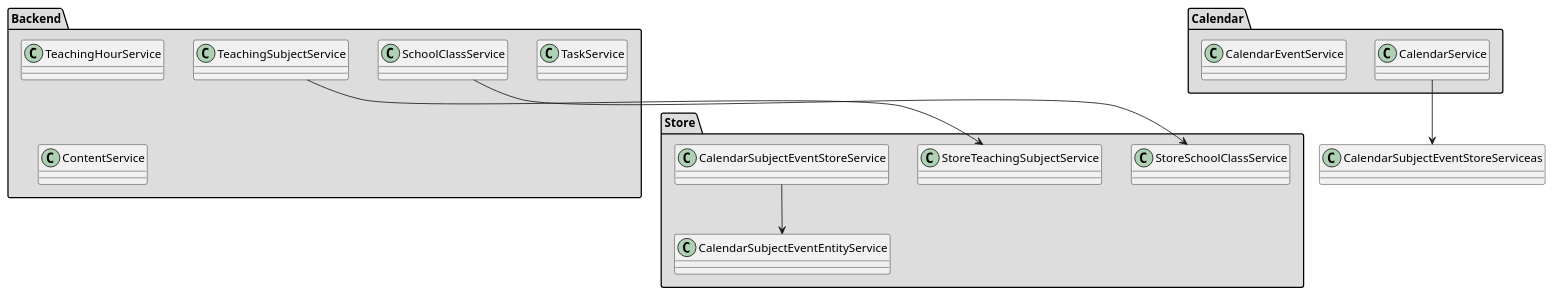
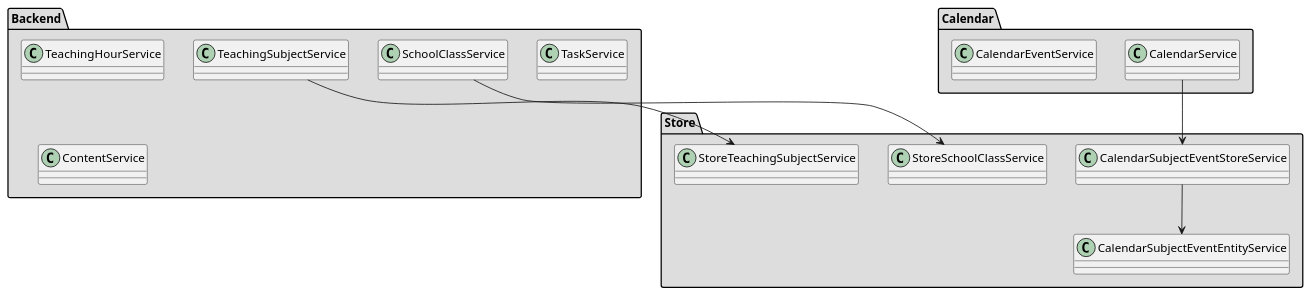
Before and after one commit to EnricoSchw/wiss3n: the diagram in doc/uml/calendar-services.puml, drawn with PlantUML. The commit also changed 6 other files, not shown here.

```diff
--- a/doc/uml/calendar-services.puml
+++ b/doc/uml/calendar-services.puml
@@ -1,29 +1,29 @@
 @startuml
 
 package "Backend" #DDDDDD {
 class SchoolClassService
 class TeachingHourService
 class TeachingSubjectService
 class TaskService
 class ContentService
 
 }
 
 package "Store" #DDDDDD {
 class StoreTeachingSubjectService
 class StoreSchoolClassService
 class CalendarSubjectEventStoreService
 class CalendarSubjectEventEntityService
 
 CalendarSubjectEventStoreService --> CalendarSubjectEventEntityService
 }
 
 package "Calendar" #DDDDDD {
 class CalendarService
 class CalendarEventService
 }
 
 SchoolClassService --> StoreSchoolClassService
-CalendarService --> CalendarSubjectEventStoreServiceas
+CalendarService --> CalendarSubjectEventStoreService
 TeachingSubjectService --> StoreTeachingSubjectService
 @enduml
```
